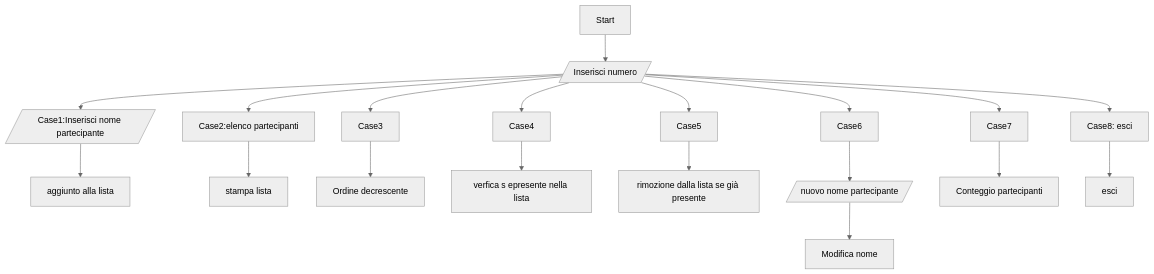
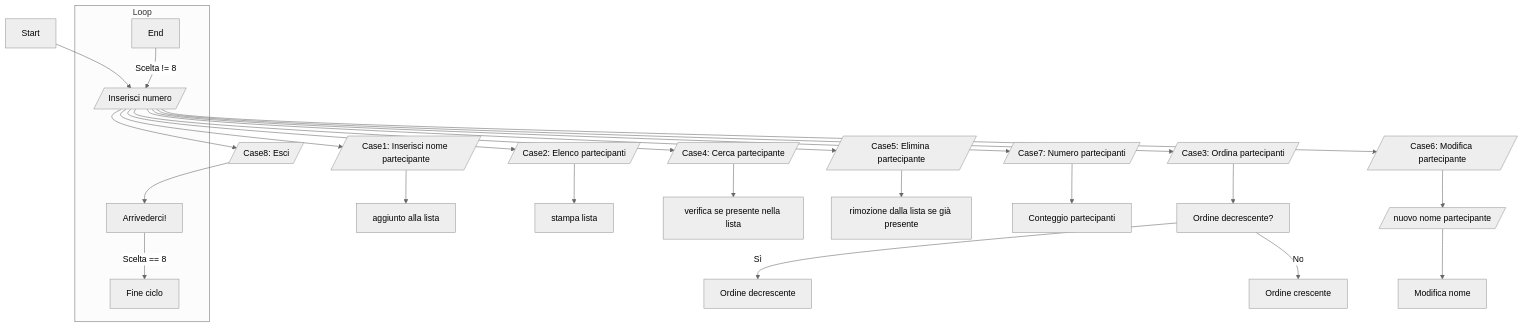
One commit to Neomatrix0/dev1_2024 changed the second of 2 diagrams in Esercitazioni/22A-assignment5/README.md. Above: the diagram before and after it, drawn with Mermaid (neutral theme). The commit also changed other lines of this file, not shown here.

````diff
--- a/Esercitazioni/22A-assignment5/README.md
+++ b/Esercitazioni/22A-assignment5/README.md
@@ -615,17 +617,32 @@
 ```mermaid
 
 flowchart TD
 
- Start --> A[/Inserisci numero/] -->B[/Case1:Inserisci nome partecipante/] & C[Case2:elenco partecipanti] & D[Case3] & F[Case4] & G[Case5] & H[Case6] & I[Case7] & L[Case8: esci]
- B-->B1[aggiunto alla lista]
- C-->C1[stampa lista]
- D-->D1[Ordine decrescente]
- F--> F1[verfica s epresente nella lista]
- G--> G1[rimozione dalla lista se già presente]
- H--> H1[/nuovo nome partecipante/] --> H2[Modifica nome]
- I--> I1[Conteggio partecipanti]
- L--> L1[esci]
- 
-    
+ Start --> A[/Inserisci numero/]
+ A --> B[/Case1: Inserisci nome partecipante/]
+ A --> C[/Case2: Elenco partecipanti/]
+ A --> D[/Case3: Ordina partecipanti/]
+ A --> F[/Case4: Cerca partecipante/]
+ A --> G[/Case5: Elimina partecipante/]
+ A --> H[/Case6: Modifica partecipante/]
+ A --> I[/Case7: Numero partecipanti/]
+ A --> L[/Case8: Esci/]
 
-```
+ B --> B1[aggiunto alla lista]
+ C --> C1[stampa lista]
+ D --> D1[Ordine decrescente?]
+ D1 -->|Sì| D2[Ordine decrescente]
+ D1 -->|No| D3[Ordine crescente]
+ F --> F1[verifica se presente nella lista]
+ G --> G1[rimozione dalla lista se già presente]
+ H --> H1[/nuovo nome partecipante/]
+ H1 --> H2[Modifica nome]
+ I --> I1[Conteggio partecipanti]
+ L --> L1[Arrivederci!]
+
+ subgraph Loop
+    End -->|Scelta != 8| A
+    L1 -->|Scelta == 8| Stop[Fine ciclo]
+ end
+
+ ```
````
